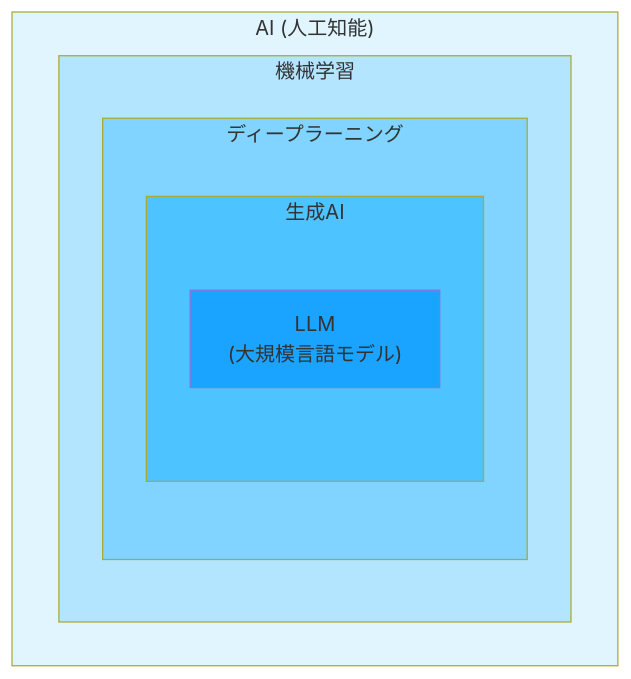
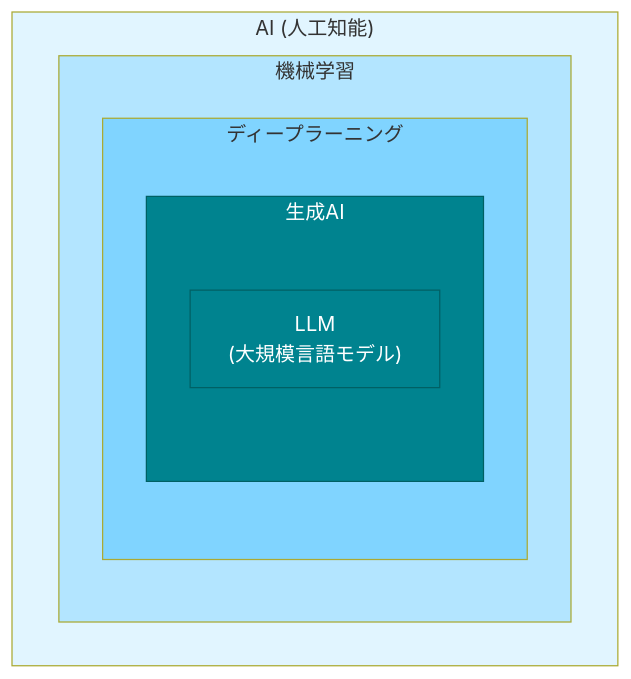
One commit to cyber-freaks-jp/AI_Driven_Development_Course changed the diagram in book/pages/AIの種類.md. Above: the diagram before and after it, drawn with Mermaid. The commit also changed 5 other files, not shown here.

````diff
--- a/book/pages/AIの種類.md
+++ b/book/pages/AIの種類.md
@@ -9,18 +9,18 @@
 ```mermaid
 graph TD
     subgraph AI["AI (人工知能)"]
         subgraph ML["機械学習"]
             subgraph DL["ディープラーニング"]
                 subgraph GenAI["生成AI"]
                     LLM["LLM<br/>(大規模言語モデル)"]
                 end
             end
         end
     end
 
     style AI fill:#e1f5ff
     style ML fill:#b3e5ff
     style DL fill:#80d4ff
-    style GenAI fill:#4dc3ff
-    style LLM fill:#1aa3ff
+    style GenAI fill:#00838F,color:#FFFFFF,stroke:#006064
+    style LLM fill:#00838F,color:#FFFFFF,stroke:#006064
 ```
````
